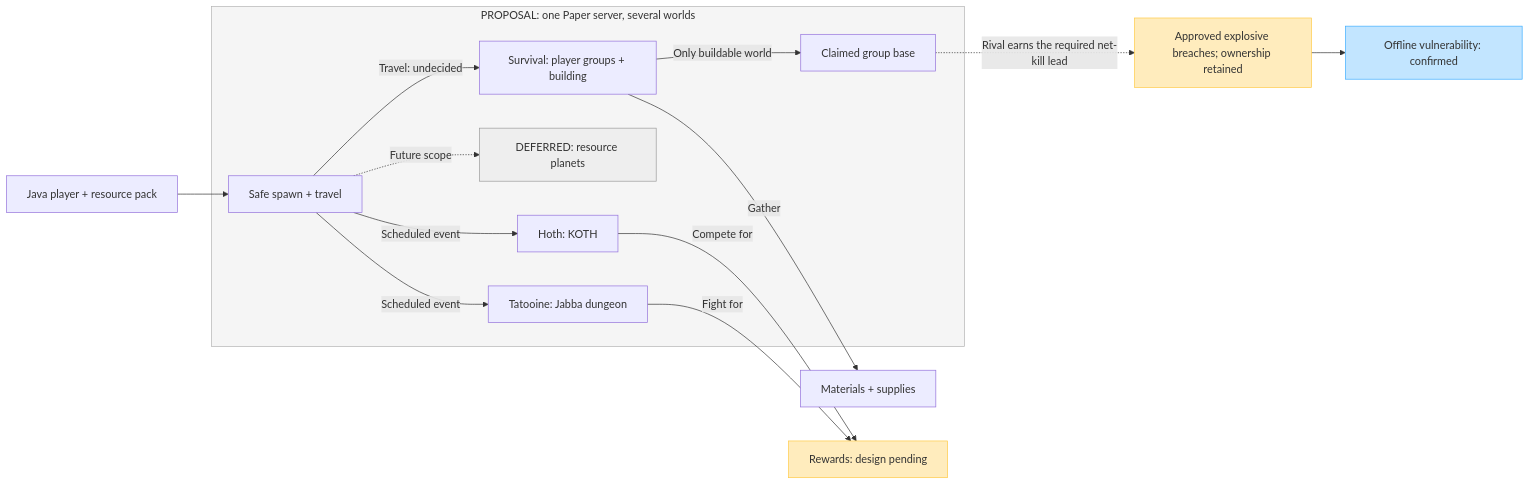
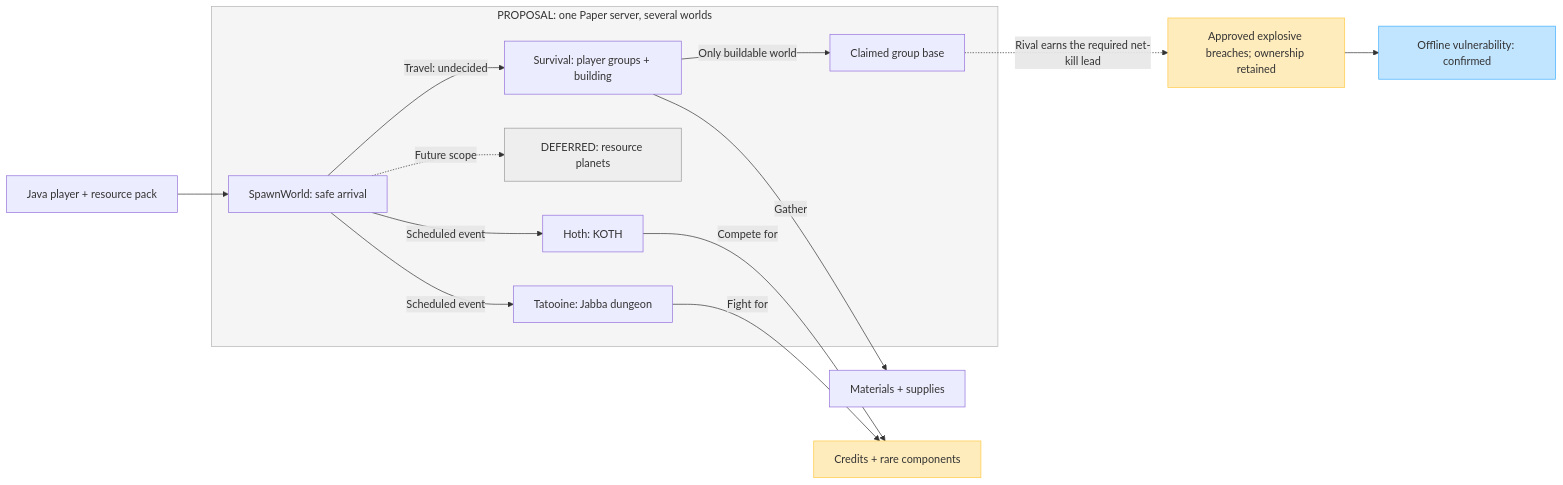
Before and after one commit to AstuteFlamez/MandoMC: the diagram in planning/world-structure.mmd, drawn with Mermaid. The commit also changed 9 other files, not shown here.

Commit message:
Record vehicle rules and propose playable build sequence

```diff
--- a/planning/world-structure.mmd
+++ b/planning/world-structure.mmd
@@ -1,25 +1,25 @@
 flowchart LR
   player["Java player + resource pack"] --> spawn
   subgraph worlds ["PROPOSAL: one Paper server, several worlds"]
-    spawn["Safe spawn + travel"]
+    spawn["SpawnWorld: safe arrival"]
     survival["Survival: player groups + building"]
     resources["DEFERRED: resource planets"]
     hoth["Hoth: KOTH"]
     tatooine["Tatooine: Jabba dungeon"]
     base["Claimed group base"]
     spawn -->|"Travel: undecided"| survival
     spawn -.->|"Future scope"| resources
     spawn -->|"Scheduled event"| hoth
     spawn -->|"Scheduled event"| tatooine
     survival -->|"Only buildable world"| base
   end
   survival -->|"Gather"| supplies["Materials + supplies"]
-  hoth -->|"Compete for"| rewards["Rewards: design pending"]
+  hoth -->|"Compete for"| rewards["Credits + rare components"]
   tatooine -->|"Fight for"| rewards
   base -.->|"Rival earns the required net-kill lead"| breach["Approved explosive breaches; ownership retained"]
   breach --> offline["Offline vulnerability: confirmed"]
   style worlds fill:#F5F5F5,stroke:#B3B3B3
   style resources fill:#EEEEEE,stroke:#999999
   style rewards fill:#FFECBD,stroke:#FFC943
   style breach fill:#FFECBD,stroke:#FFC943
   style offline fill:#C2E5FF,stroke:#3DADFF
```
